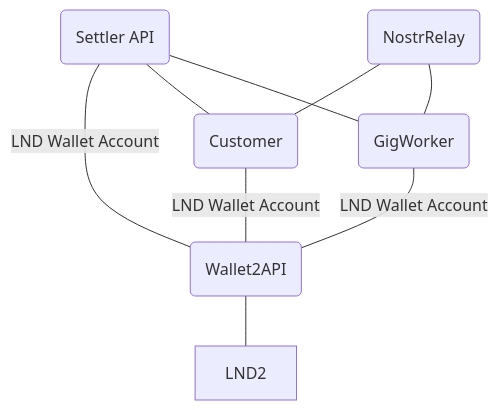
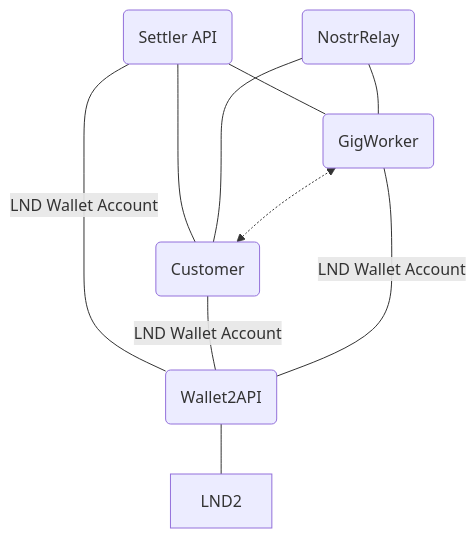
Before and after one commit to DontTrustVerifyOrg/gig-gossip: the sixth of 7 diagrams in net/NGigGossip4Nostr/README.md, drawn with Mermaid. The commit also changed other lines of this file, not shown here.

````diff
--- a/net/NGigGossip4Nostr/README.md
+++ b/net/NGigGossip4Nostr/README.md
@@ -662,12 +662,13 @@
 ```mermaid
 graph BT
     LND2 --- WLT2(Wallet2API)
     WLT2 -- LND Wallet Account --- SAPI(Settler API)
     WLT2 -- LND Wallet Account --- CUST(Customer)
     WLT2 -- LND Wallet Account --- WORK(GigWorker)
     CUST --- SAPI
     WORK --- SAPI
     NSTR(NostrRelay)
     CUST --- NSTR
     WORK --- NSTR
+    CUST <-.-> WORK
 ```
````
